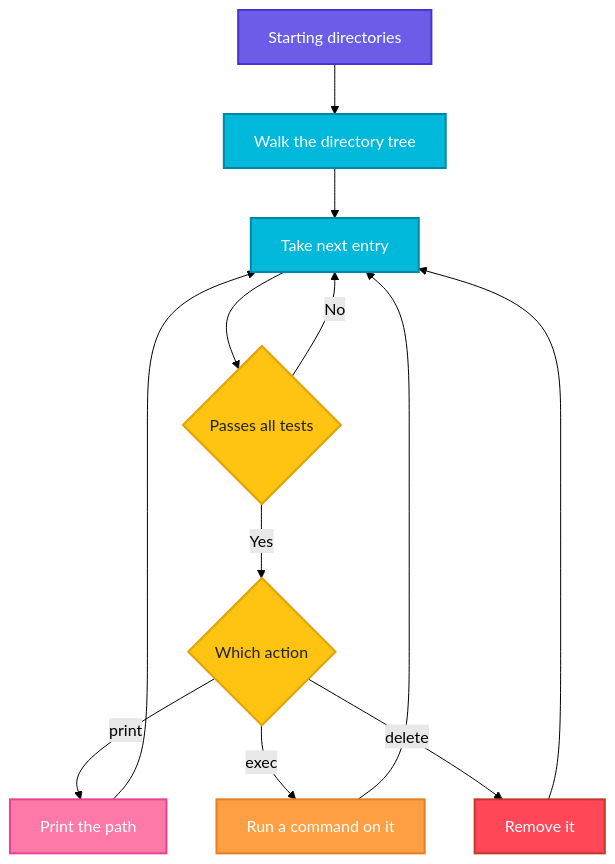
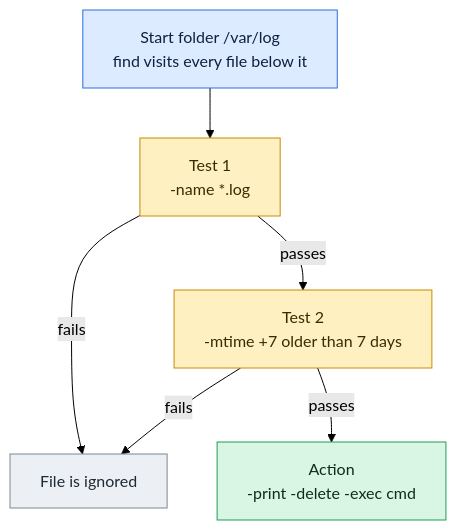
Before and after one commit to codeKerdosTech/DevOps-Documentation: the diagram in linux/file-management/find.md, drawn with Mermaid (forest theme). The commit also changed other lines of this file and 165 other files, not shown here.

Commit message:
updated diagrams in linux

````diff
--- a/linux/file-management/find.md
+++ b/linux/file-management/find.md
@@ -15,27 +15,17 @@
 ```mermaid
 flowchart TD
-    A[Starting directories] --> B[Walk the directory tree]
-    B --> C[Take next entry]
-    C --> D{Passes all tests}
-    D -->|No| C
-    D -->|Yes| E{Which action}
-    E -->|print| F[Print the path]
-    E -->|exec| G[Run a command on it]
-    E -->|delete| H[Remove it]
-    F --> C
-    G --> C
-    H --> C
-    classDef start fill:#6C5CE7,stroke:#4834D4,stroke-width:2px,color:#fff
-    classDef proc fill:#00B8D9,stroke:#0087A8,stroke-width:2px,color:#fff
-    classDef dec fill:#FFC312,stroke:#E1A100,stroke-width:2px,color:#222
-    classDef ok fill:#2ECC71,stroke:#1E8449,stroke-width:2px,color:#fff
-    classDef err fill:#FF4757,stroke:#C0392B,stroke-width:2px,color:#fff
-    classDef out fill:#FD79A8,stroke:#E84393,stroke-width:2px,color:#fff
-    classDef alt fill:#FF9F43,stroke:#E67E22,stroke-width:2px,color:#fff
-    class A start
-    class B,C proc
-    class D,E dec
-    class F out
-    class G alt
-    class H err
+    i1[Start folder /var/log<br/>find visits every file below it] --> c1[Test 1<br/>-name *.log]
+    c1 -->|passes| c2[Test 2<br/>-mtime +7 older than 7 days]
+    c1 -->|fails| n1[File is ignored]
+    c2 -->|fails| n1
+    c2 -->|passes| o1[Action<br/>-print   -delete   -exec cmd]
+    classDef inp fill:#DCEBFF,stroke:#2F6FDE,color:#10213F
+    classDef cmd fill:#FFF0C2,stroke:#C98A00,color:#3A2A00
+    classDef out fill:#D9F5E3,stroke:#1F9D55,color:#0B2E1A
+    classDef bad fill:#FDE0E0,stroke:#D13B3B,color:#4A0F0F
+    classDef note fill:#ECEFF3,stroke:#7B8794,color:#1F2933
+    class i1 inp
+    class c1,c2 cmd
+    class n1 note
+    class o1 out
 ```
````
